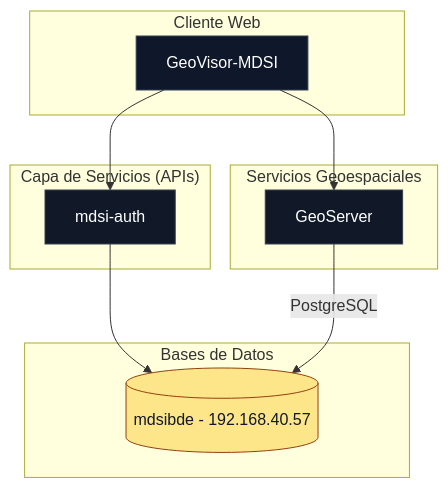
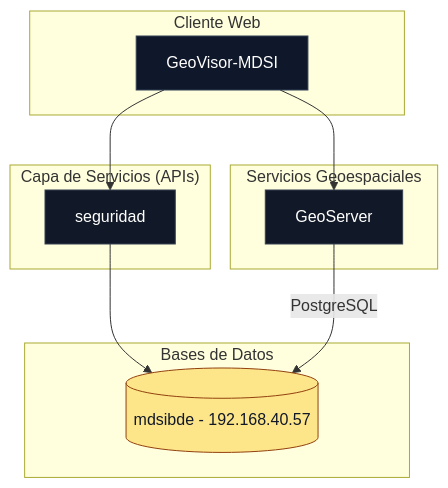
Before and after one commit to mdsigeovisor/geovisormdsi: the diagram in README.md, drawn with Mermaid.

````diff
--- a/README.md
+++ b/README.md
@@ -3,41 +3,41 @@
 ```mermaid
 graph TB
   %% =========================
   %% COMPONENTES
   %% =========================
   subgraph "Cliente Web"
     FRONT[GeoVisor-MDSI]
   end
 
   subgraph "Capa de Servicios (APIs)"
-    AUTH[mdsi-auth]
+    AUTH[seguridad]
   end
 
   subgraph "Bases de Datos"
     DB1[(mdsibde - 192.168.40.57)]
   end
 
   subgraph "Servicios Geoespaciales"
     GEOSERVER[GeoServer]
   end
 
   %% =========================
   %% RELACIONES
   %% =========================
   FRONT --> AUTH
   FRONT --> GEOSERVER
 
   AUTH --> DB1
   GEOSERVER -- "PostgreSQL" --> DB1
 
   %% =========================
   %% ESTILOS
   %% =========================
   classDef front fill:#0f172a,stroke:#334155,stroke-width:1px,color:#fff;
   classDef service fill:#111827,stroke:#374151,stroke-width:1px,color:#fff;
   classDef db fill:#fde68a,stroke:#92400e,stroke-width:1px,color:#111827;
 
   class FRONT front;
   class AUTH,GEOSERVER service;
   class DB1 db;
 ```
````
